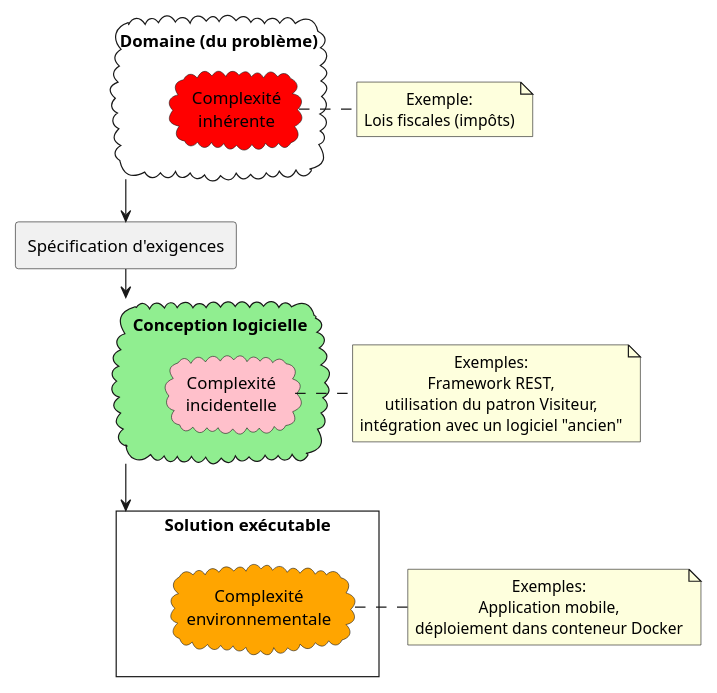
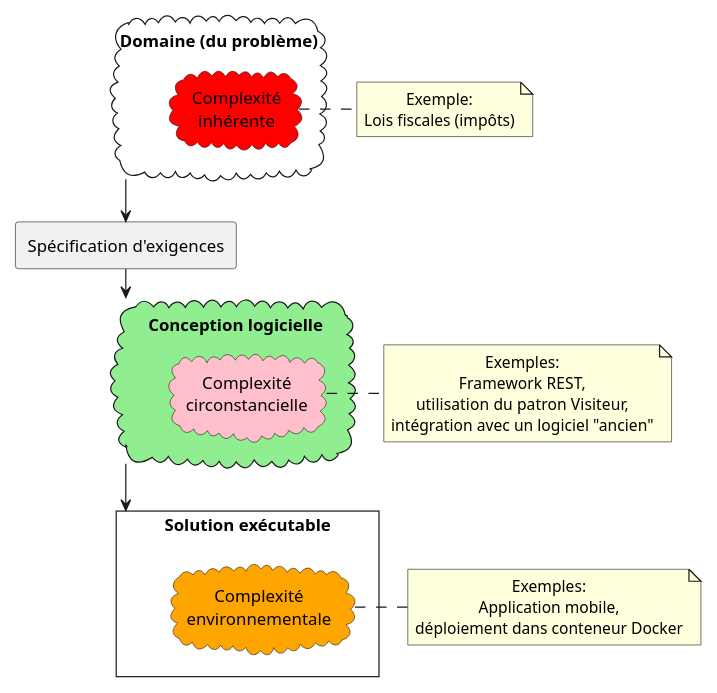
One commit to fuhrmanator/log210-notes-de-cours changed the diagram in src/chapters/01-AnalyseConception.md. Above: the diagram before and after it, drawn with PlantUML. The commit also changed other lines of this file and 1 other file, not shown here.

````diff
--- a/src/chapters/01-AnalyseConception.md
+++ b/src/chapters/01-AnalyseConception.md
@@ -133,30 +133,30 @@
 ```{.plantuml caption="Sources de complexité." #complex-sources}
 @startuml
 scale 0.8
 skinparam style strictuml
 skinparam backgroundColor transparent
 skinparam packageBackgroundColor transparent
 skinparam defaultFontName Arial 
 skinparam defaultTextAlignment center
 cloud "Domaine (du problème)" as P {
  cloud "Complexité\ninhérente" as PP #red {
  }
 }
 note right of PP: Exemple:\nLois fiscales (impôts)
 rectangle "Spécification d'exigences" as S {
 }
 cloud "Conception logicielle" as C #lightgreen {
-cloud "Complexité\nincidentelle" as CC #pink {
+cloud "Complexité\ncirconstancielle" as CC #pink {
 }
 }
 note right of CC: Exemples:\nFramework REST,\nutilisation du patron Visiteur,\nintégration avec un logiciel "ancien"
 rectangle "Solution exécutable" as E {
 cloud "Complexité\nenvironnementale" as EE #orange {
 }
 }
 note left of EE: Exemples:\nApplication mobile,\ndéploiement dans conteneur Docker
 P --> S
 S --> C
 C --> E
 @enduml
 ```
````
